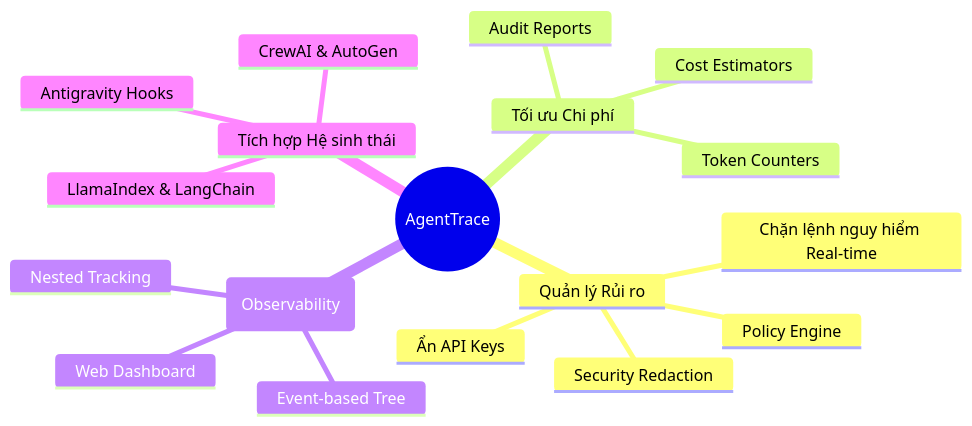
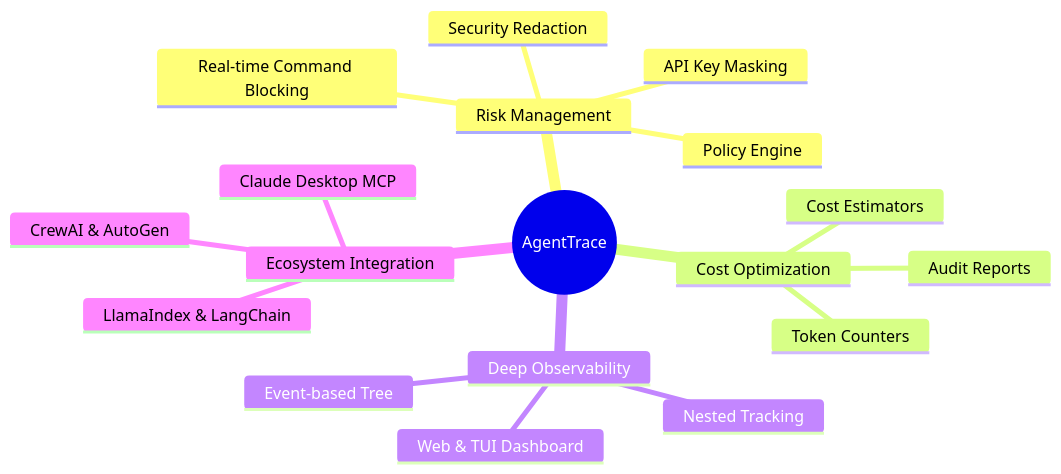
The diagram in docs/01-introduction.md (hikarixx/agenttrace), drawn with Mermaid before and after one commit. The commit also changed other lines of this file and 41 other files, not shown here.

````diff
--- a/docs/01-introduction.md
+++ b/docs/01-introduction.md
@@ -31,21 +31,21 @@
 ```mermaid
 mindmap
   root((AgentTrace))
-    Quản lý Rủi ro
+    Risk Management
       Policy Engine
-      Chặn lệnh nguy hiểm Real-time
+      Real-time Command Blocking
       Security Redaction
-      Ẩn API Keys
-    Tối ưu Chi phí
+      API Key Masking
+    Cost Optimization
       Token Counters
       Cost Estimators
       Audit Reports
-    Khả năng Quan sát (Observability)
+    Deep Observability
       Event-based Tree
       Nested Tracking
-      Web Dashboard
-    Tích hợp Hệ sinh thái
+      Web & TUI Dashboard
+    Ecosystem Integration
       LlamaIndex & LangChain
       CrewAI & AutoGen
-      Antigravity Hooks
+      Claude Desktop MCP
 ```
````
